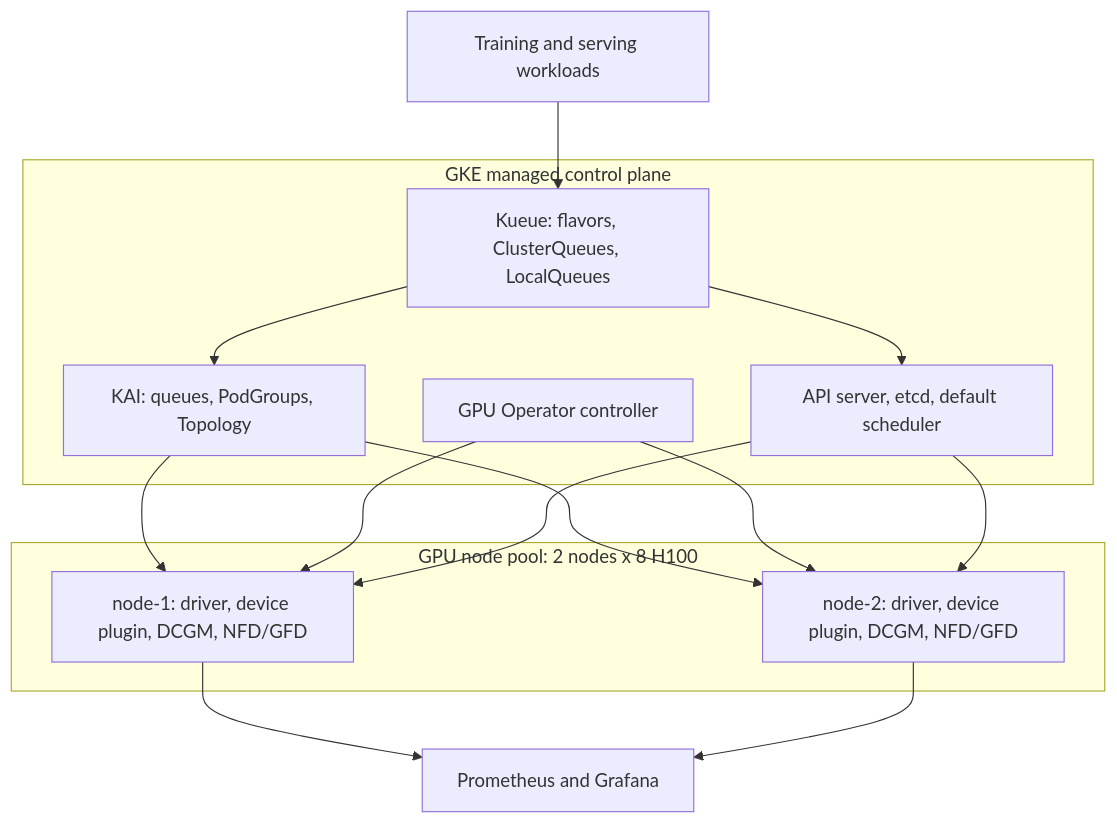
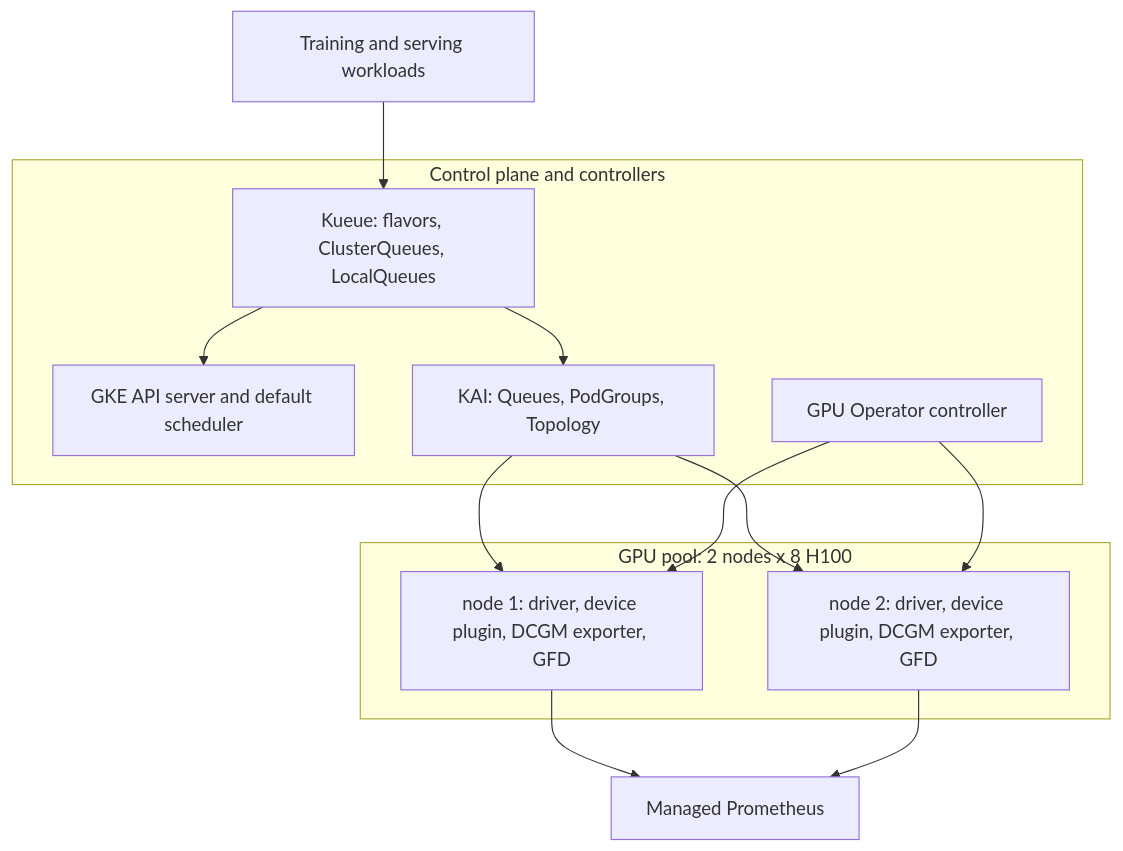
One commit to jithinpnjm/ai-infra-handbook changed the diagram in docs/part-19-capstone/02-capstone-a-kubernetes-gpu-platform-with-kai-and-kueue.md. Above: the diagram before and after it, drawn with Mermaid. The commit also changed other lines of this file and 263 other files, not shown here.

````diff
--- a/docs/part-19-capstone/02-capstone-a-kubernetes-gpu-platform-with-kai-and-kueue.md
+++ b/docs/part-19-capstone/02-capstone-a-kubernetes-gpu-platform-with-kai-and-kueue.md
@@ -82,26 +68,24 @@
 ```mermaid
 flowchart TB
-    subgraph CP["GKE managed control plane"]
-        API["API server, etcd, default scheduler"]
+    subgraph CP["Control plane and controllers"]
+        API["GKE API server and default scheduler"]
         KQ["Kueue: flavors, ClusterQueues, LocalQueues"]
-        KA["KAI: queues, PodGroups, Topology"]
+        KA["KAI: Queues, PodGroups, Topology"]
         GO["GPU Operator controller"]
     end
-    subgraph NP["GPU node pool: 2 nodes x 8 H100"]
-        N1["node-1: driver, device plugin, DCGM, NFD/GFD"]
-        N2["node-2: driver, device plugin, DCGM, NFD/GFD"]
+    subgraph NP["GPU pool: 2 nodes x 8 H100"]
+        N1["node 1: driver, device plugin, DCGM exporter, GFD"]
+        N2["node 2: driver, device plugin, DCGM exporter, GFD"]
     end
     W["Training and serving workloads"]
-    OBS["Prometheus and Grafana"]
+    OBS["Managed Prometheus"]
     W --> KQ
     KQ --> KA
     KQ --> API
     KA --> N1
     KA --> N2
     GO --> N1
     GO --> N2
-    API --> N1
-    API --> N2
     N1 --> OBS
     N2 --> OBS
 ```
````
